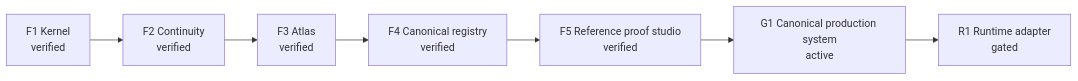
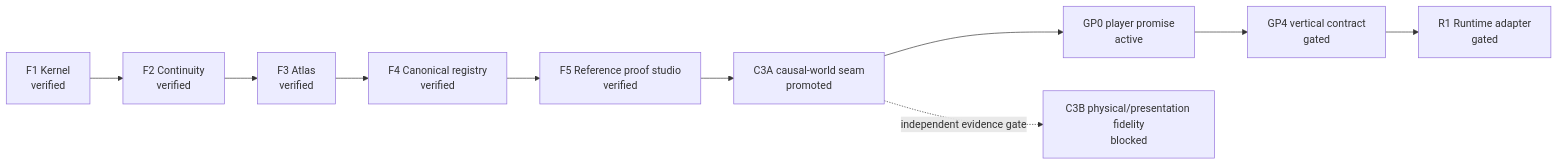
The diagram in docs/project-atlas/ROADMAP.md (zakwmthomas/Mindwarp-forge), drawn with Mermaid before and after one commit. The commit also changed other lines of this file and 37 other files, not shown here.

````diff
--- a/docs/project-atlas/ROADMAP.md
+++ b/docs/project-atlas/ROADMAP.md
@@ -3,4 +3,5 @@
 ```mermaid
 flowchart LR
-  F1["F1 Kernel\nverified"] --> F2["F2 Continuity\nverified"] --> F3["F3 Atlas\nverified"] --> F4["F4 Canonical registry\nverified"] --> F5["F5 Reference proof studio\nverified"] --> G1["G1 Canonical production system\nactive"] --> R1["R1 Runtime adapter\ngated"]
+  F1["F1 Kernel\nverified"] --> F2["F2 Continuity\nverified"] --> F3["F3 Atlas\nverified"] --> F4["F4 Canonical registry\nverified"] --> F5["F5 Reference proof studio\nverified"] --> C3A["C3A causal-world seam\npromoted"] --> GP0["GP0 player promise\nactive"] --> GP4["GP4 vertical contract\ngated"] --> R1["R1 Runtime adapter\ngated"]
+  C3A -. independent evidence gate .-> C3B["C3B physical/presentation fidelity\nblocked"]
 ```
````
